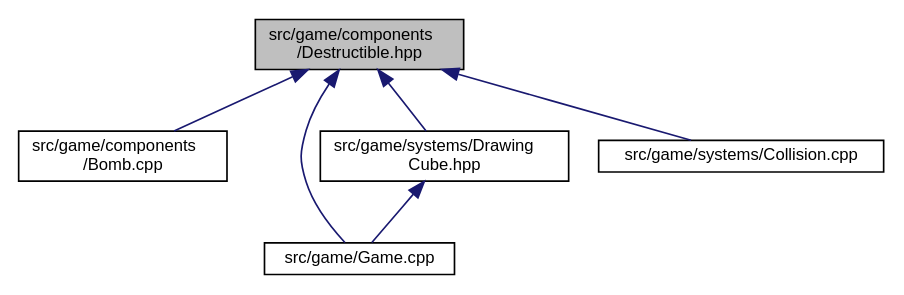
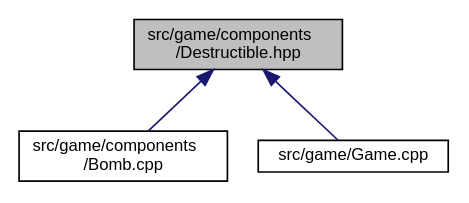
One commit to MisterPeModder/Bomberman-Global-Offensive changed the diagram in _destructible_8hpp__dep__incl.dot. Above: the diagram before and after it, drawn with Graphviz. The commit also changed 263 other files, not shown here.

```diff
--- a/_destructible_8hpp__dep__incl.dot
+++ b/_destructible_8hpp__dep__incl.dot
@@ -1,16 +1,11 @@
 digraph "src/game/components/Destructible.hpp"
 {
  // LATEX_PDF_SIZE
   edge [fontname="Helvetica",fontsize="10",labelfontname="Helvetica",labelfontsize="10"];
   node [fontname="Helvetica",fontsize="10",shape=record];
   Node1 [label="src/game/components\l/Destructible.hpp",height=0.2,width=0.4,color="black", fillcolor="grey75", style="filled", fontcolor="black",tooltip=" "];
   Node1 -> Node2 [dir="back",color="midnightblue",fontsize="10",style="solid",fontname="Helvetica"];
   Node2 [label="src/game/components\l/Bomb.cpp",height=0.2,width=0.4,color="black", fillcolor="white", style="filled",URL="$components_2_bomb_8cpp.html",tooltip=" "];
   Node1 -> Node3 [dir="back",color="midnightblue",fontsize="10",style="solid",fontname="Helvetica"];
   Node3 [label="src/game/Game.cpp",height=0.2,width=0.4,color="black", fillcolor="white", style="filled",URL="$_game_8cpp.html",tooltip=" "];
-  Node1 -> Node4 [dir="back",color="midnightblue",fontsize="10",style="solid",fontname="Helvetica"];
-  Node4 [label="src/game/systems/Drawing\lCube.hpp",height=0.2,width=0.4,color="black", fillcolor="white", style="filled",URL="$_drawing_cube_8hpp.html",tooltip=" "];
-  Node4 -> Node3 [dir="back",color="midnightblue",fontsize="10",style="solid",fontname="Helvetica"];
-  Node1 -> Node5 [dir="back",color="midnightblue",fontsize="10",style="solid",fontname="Helvetica"];
-  Node5 [label="src/game/systems/Collision.cpp",height=0.2,width=0.4,color="black", fillcolor="white", style="filled",URL="$_collision_8cpp.html",tooltip=" "];
 }
```
